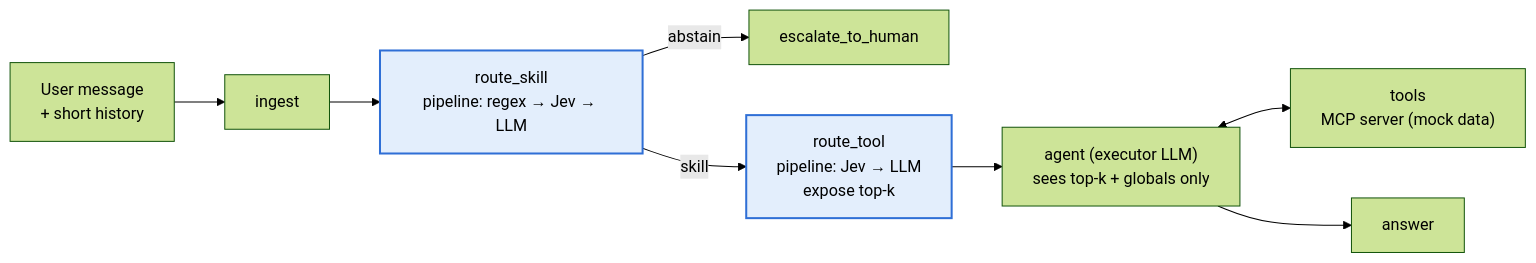
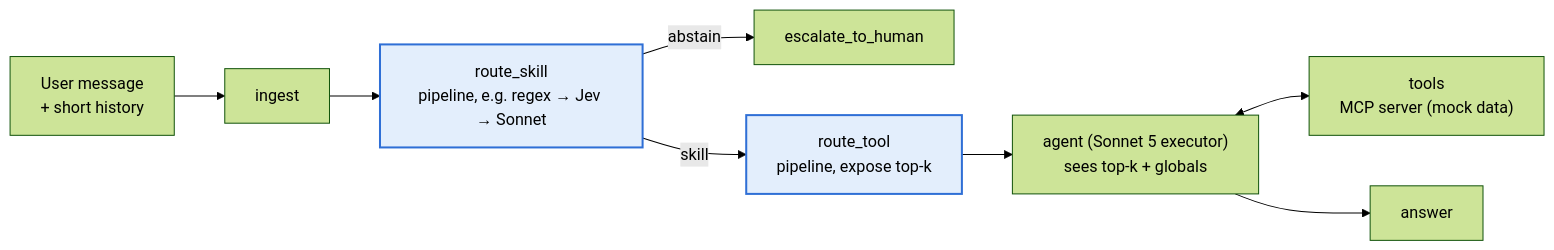
One commit to LucaPinheiro/agent-router-study changed the diagram in README.md. Above: the diagram before and after it, drawn with Mermaid (forest theme). The commit also changed other lines of this file and 33 other files, not shown here.

````diff
--- a/README.md
+++ b/README.md
@@ -74,13 +87,13 @@
 ```mermaid
 flowchart LR
     U["User message<br/>+ short history"] --> I[ingest]
-    I --> RS["route_skill<br/>pipeline: regex → Jev → LLM"]
+    I --> RS["route_skill<br/>pipeline, e.g. regex → Jev → Sonnet"]
     RS -- abstain --> ESC["escalate_to_human"]
-    RS -- skill --> RT["route_tool<br/>pipeline: Jev → LLM<br/>expose top-k"]
-    RT --> A["agent (executor LLM)<br/>sees top-k + globals only"]
+    RS -- skill --> RT["route_tool<br/>pipeline, expose top-k"]
+    RT --> A["agent (Sonnet 5 executor)<br/>sees top-k + globals"]
     A <--> T["tools<br/>MCP server (mock data)"]
     A --> R[answer]
 
     classDef router fill:#e3eefc,stroke:#2f6fd6,stroke-width:2px;
     class RS,RT router;
 ```
````
